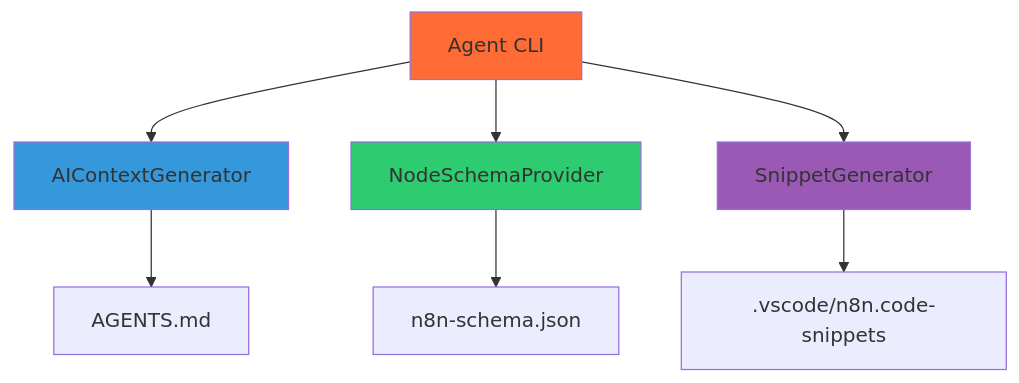
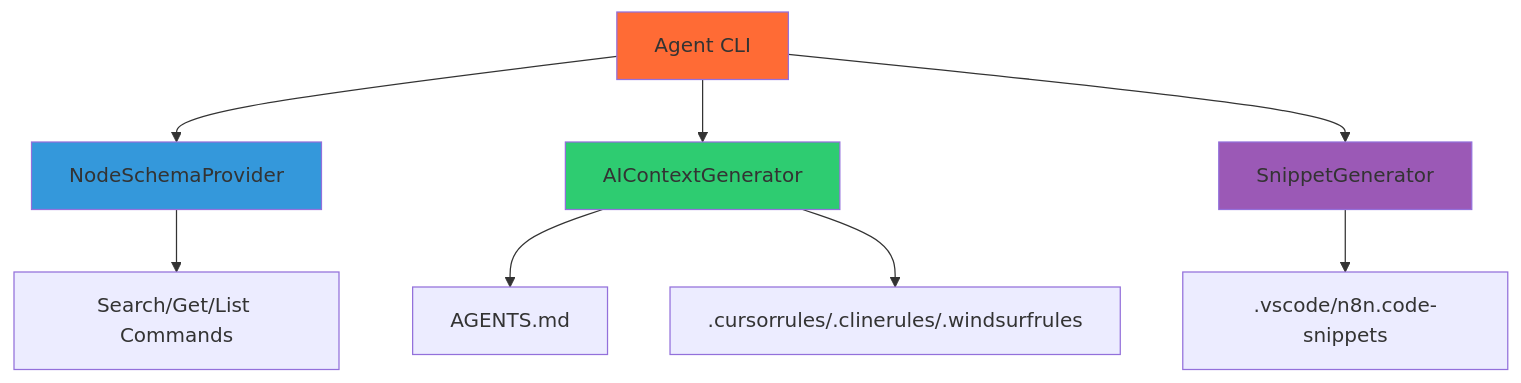
The diagram in docs/docs/contributors/agent-cli.md (EtienneLescot/n8n-as-code), drawn with Mermaid before and after one commit. The commit also changed other lines of this file, not shown here.

First line of the commit message:
docs(agent-cli): update documentation to reflect new CLI functionality

````diff
--- a/docs/docs/contributors/agent-cli.md
+++ b/docs/docs/contributors/agent-cli.md
@@ -22,15 +22,16 @@
 ```mermaid
 graph TD
-    A[Agent CLI] --> B[AIContextGenerator]
-    A --> C[NodeSchemaProvider]
+    A[Agent CLI] --> B[NodeSchemaProvider]
+    A --> C[AIContextGenerator]
     A --> D[SnippetGenerator]
     
-    B --> E[AGENTS.md]
-    C --> F[n8n-schema.json]
-    D --> G[.vscode/n8n.code-snippets]
+    B --> E[Search/Get/List Commands]
+    C --> F[AGENTS.md]
+    C --> G[.cursorrules/.clinerules/.windsurfrules]
+    D --> H[.vscode/n8n.code-snippets]
     
     style A fill:#ff6b35
     style B fill:#3498db
     style C fill:#2ecc71
     style D fill:#9b59b6
 ```
````
